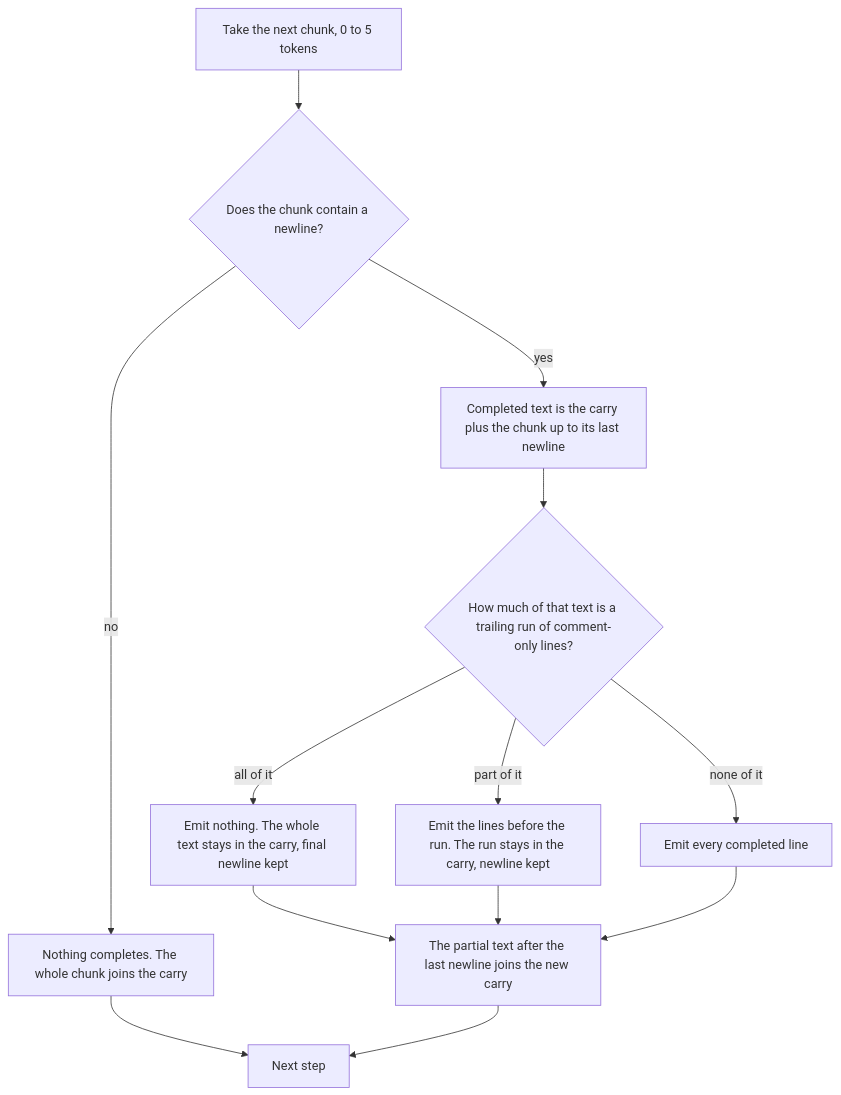
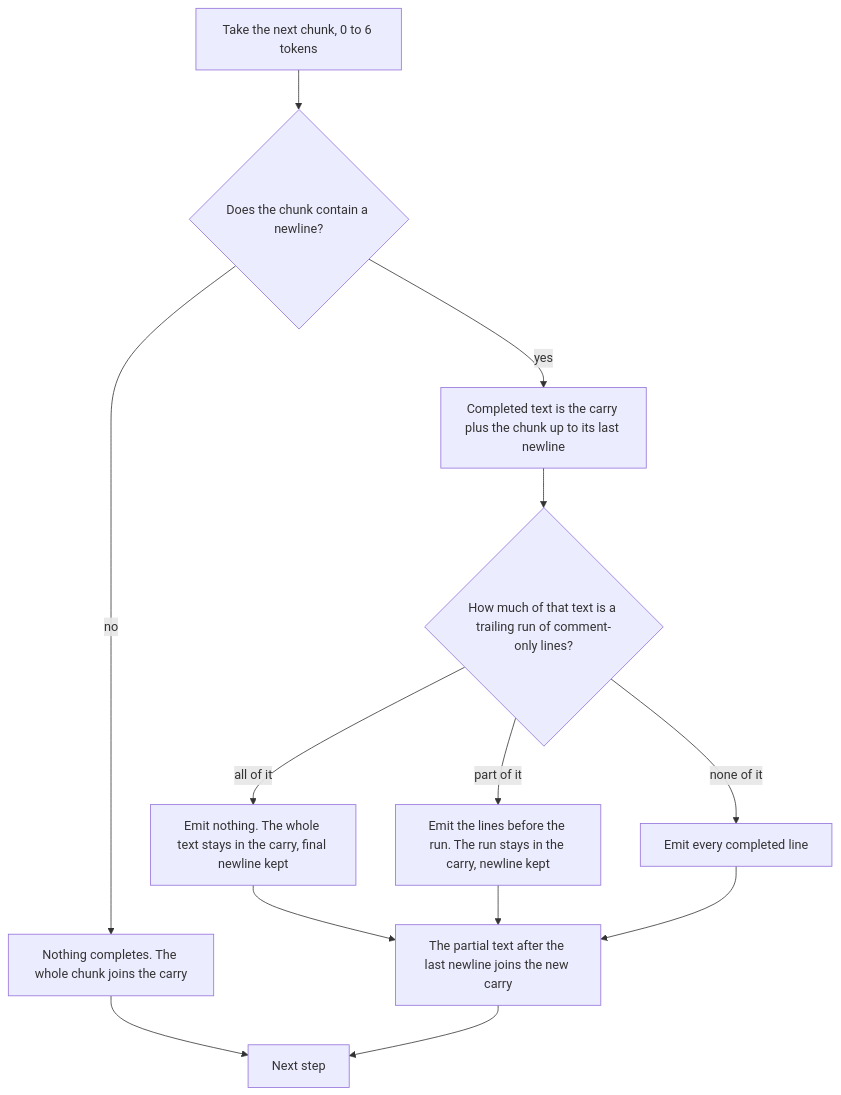
Before and after one commit to xyz-tools/gcode-preview: the second of 2 diagrams in verification/quint/streaming.md, drawn with Mermaid. The commit also changed other lines of this file and 801 other files, not shown here.

````diff
--- a/verification/quint/streaming.md
+++ b/verification/quint/streaming.md
@@ -28,15 +40,15 @@
 ```mermaid
 flowchart TD
-    Take["Take the next chunk, 0 to 5 tokens"] --> HasNl{"Does the chunk contain a newline?"}
+    Take["Take the next chunk, 0 to 6 tokens"] --> HasNl{"Does the chunk contain a newline?"}
     HasNl -- "no" --> CarryAll["Nothing completes. The whole chunk joins the carry"]
     HasNl -- "yes" --> Text["Completed text is the carry plus the chunk up to its last newline"]
     Text --> Run{"How much of that text is a trailing run of comment-only lines?"}
     Run -- "all of it" --> HoldAll["Emit nothing. The whole text stays in the carry, final newline kept"]
     Run -- "part of it" --> HoldSome["Emit the lines before the run. The run stays in the carry, newline kept"]
     Run -- "none of it" --> EmitAll["Emit every completed line"]
     HoldAll --> Partial["The partial text after the last newline joins the new carry"]
     HoldSome --> Partial
     EmitAll --> Partial
     CarryAll --> Next["Next step"]
     Partial --> Next
 ```
````
